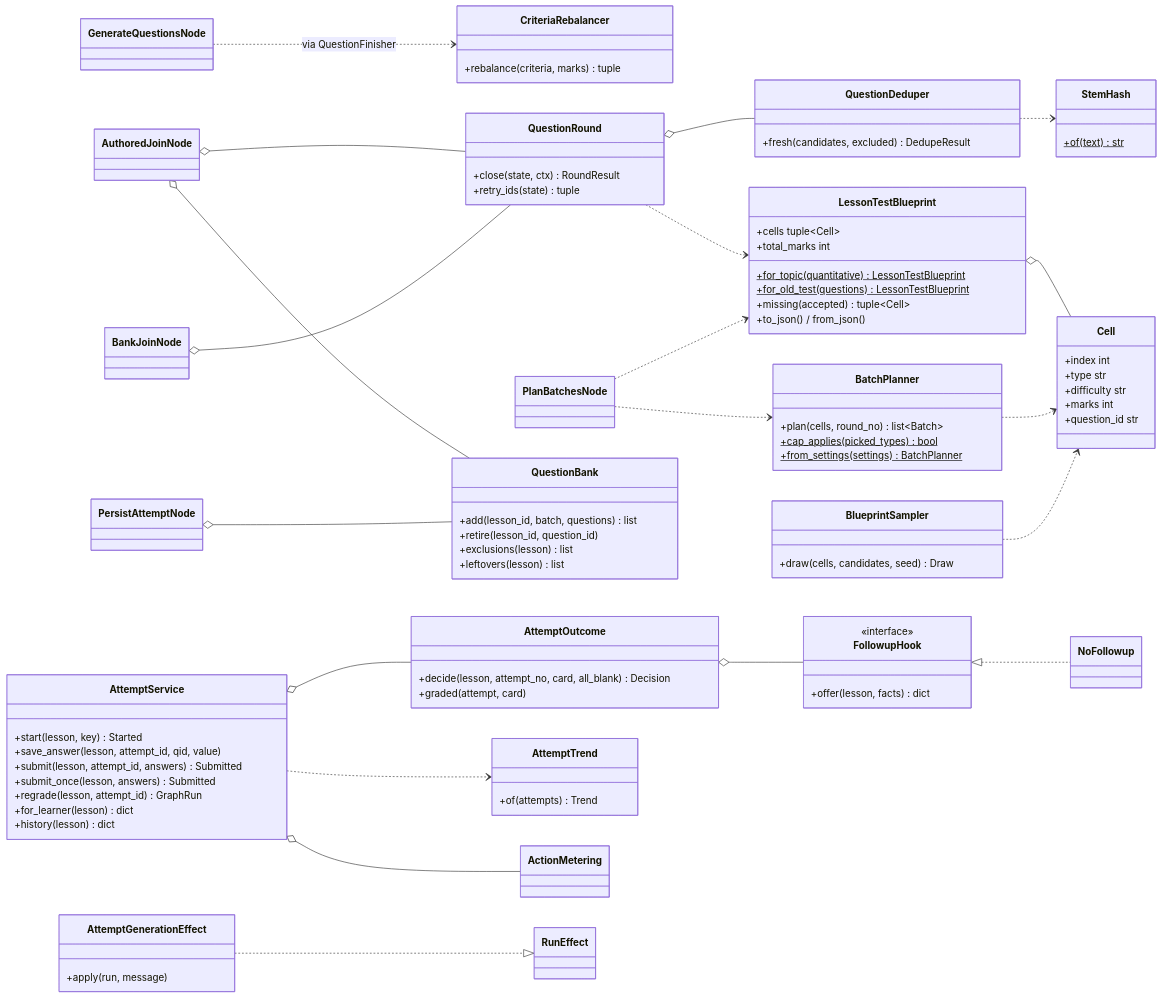
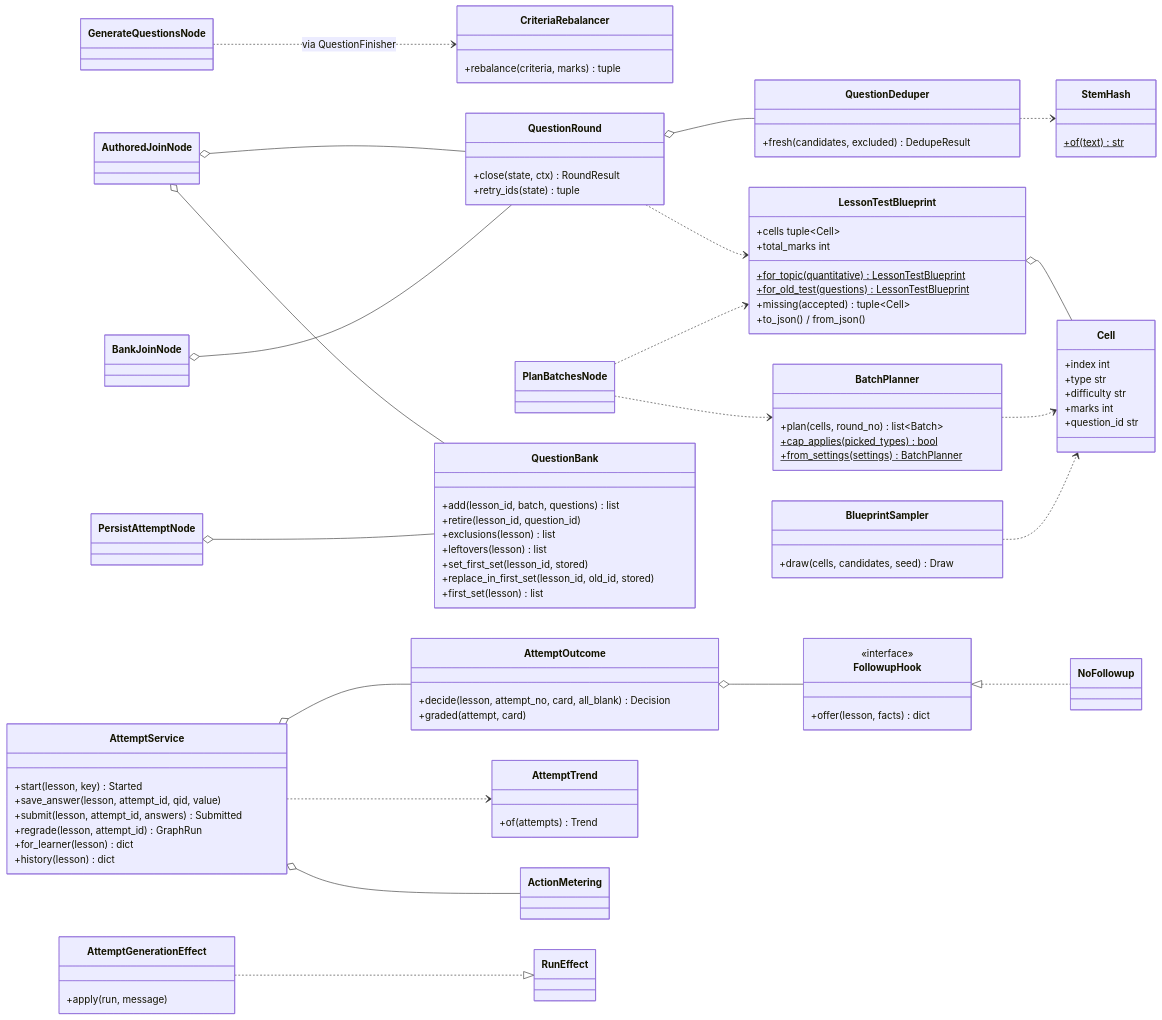
One commit to Satyamkumarjha4/Intelilearn changed diagram 23 of 29 in docs/architecture/design.md. Above: the diagram before and after it, drawn with Mermaid. The commit also changed other lines of this file and 16 other files, not shown here.

```diff
--- a/docs/architecture/design.md
+++ b/docs/architecture/design.md
@@ -2088,12 +2089,14 @@
         +retire(lesson_id, question_id)
         +exclusions(lesson) list
         +leftovers(lesson) list
+        +set_first_set(lesson_id, stored)
+        +replace_in_first_set(lesson_id, old_id, stored)
+        +first_set(lesson) list
     }
     class AttemptService {
         +start(lesson, key) Started
         +save_answer(lesson, attempt_id, qid, value)
         +submit(lesson, attempt_id, answers) Submitted
-        +submit_once(lesson, answers) Submitted
         +regrade(lesson, attempt_id) GraphRun
         +for_learner(lesson) dict
         +history(lesson) dict
```
